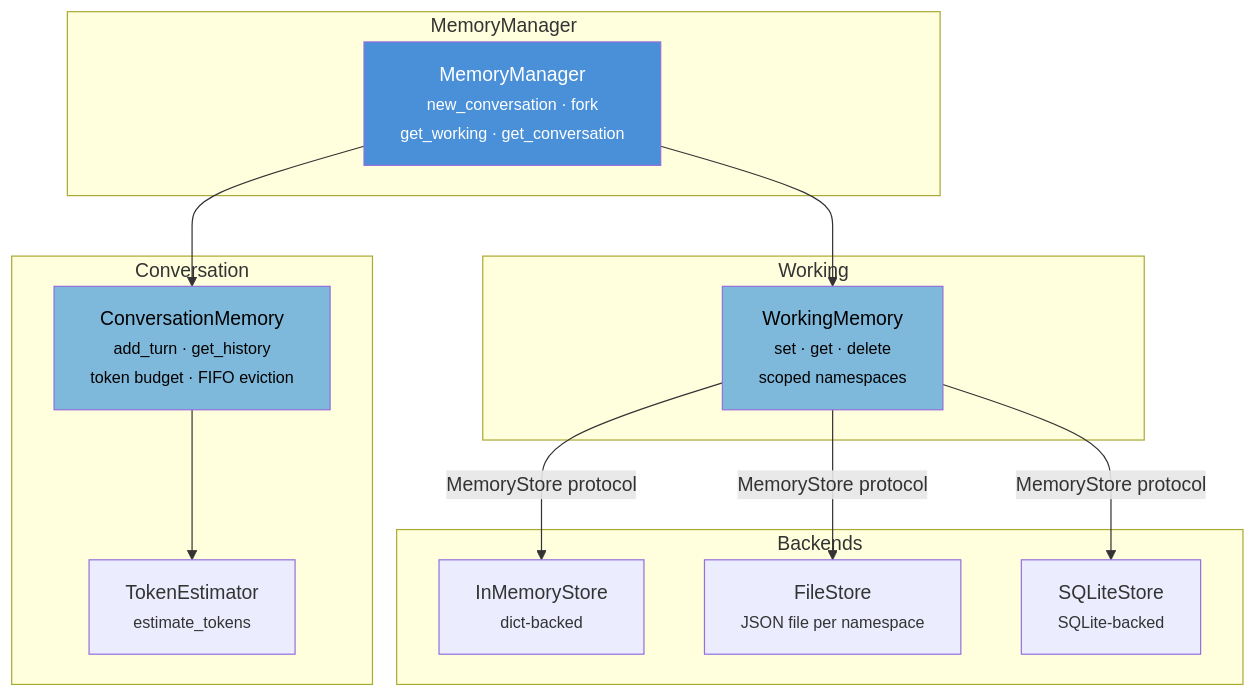
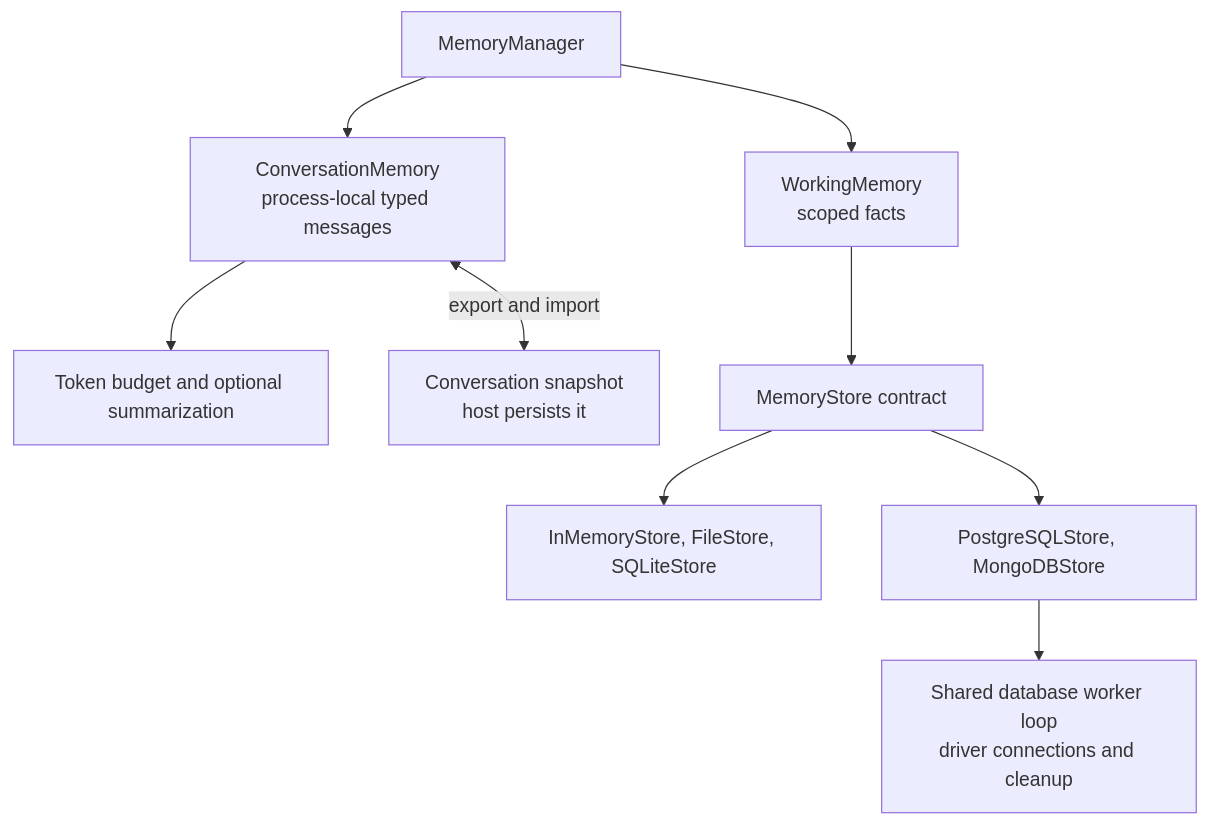
The fifth of 7 diagrams in docs/architecture.md (fireflyframework/fireflyframework-agentic), drawn with Mermaid before and after one commit. The commit also changed other lines of this file and 49 other files, not shown here.

Commit message:
Align diagrams and guides with framework behavior

````diff
--- a/docs/architecture.md
+++ b/docs/architecture.md
@@ -501,32 +417,11 @@
 ```mermaid
-graph TD
-    subgraph MemoryManager
-        MM["MemoryManager<br/><small>new_conversation · fork<br/>get_working · get_conversation</small>"]
-    end
-
-    subgraph Conversation
-        CM["ConversationMemory<br/><small>add_turn · get_history<br/>token budget · FIFO eviction</small>"]
-        TE["TokenEstimator<br/><small>estimate_tokens</small>"]
-    end
-
-    subgraph Working
-        WM["WorkingMemory<br/><small>set · get · delete<br/>scoped namespaces</small>"]
-    end
-
-    subgraph Backends
-        IMS["InMemoryStore<br/><small>dict-backed</small>"]
-        FS["FileStore<br/><small>JSON file per namespace</small>"]
-        SQL["SQLiteStore<br/><small>SQLite-backed</small>"]
-    end
-
-    MM --> CM
-    MM --> WM
-    CM --> TE
-    WM -->|MemoryStore protocol| IMS
-    WM -->|MemoryStore protocol| FS
-    WM -->|MemoryStore protocol| SQL
-
-    style MM fill:#4a90d9,color:#fff
-    style CM fill:#7eb8da,color:#000
-    style WM fill:#7eb8da,color:#000
+flowchart TD
+    MM["MemoryManager"] --> CM["ConversationMemory<br/>process-local typed messages"]
+    MM --> WM["WorkingMemory<br/>scoped facts"]
+    CM --> BUDGET["Token budget and optional summarization"]
+    CM <-->|export and import| SNAPSHOT["Conversation snapshot<br/>host persists it"]
+    WM --> STORE["MemoryStore contract"]
+    STORE --> LOCAL["InMemoryStore, FileStore, SQLiteStore"]
+    STORE --> DB["PostgreSQLStore, MongoDBStore"]
+    DB --> LOOP["Shared database worker loop<br/>driver connections and cleanup"]
 ```
````
